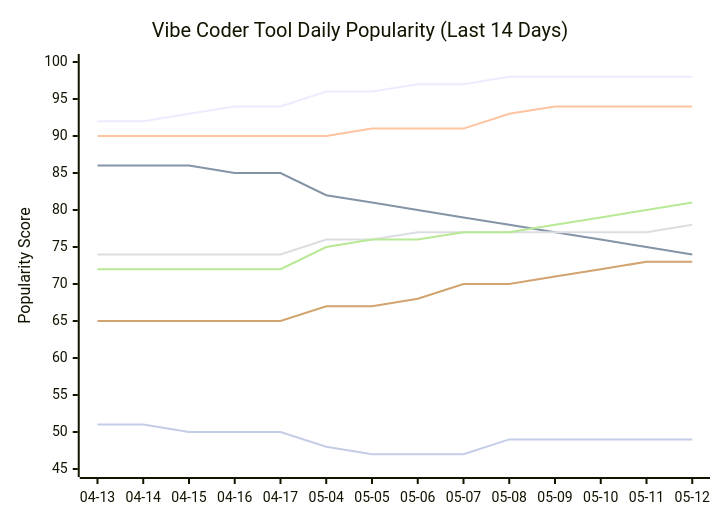
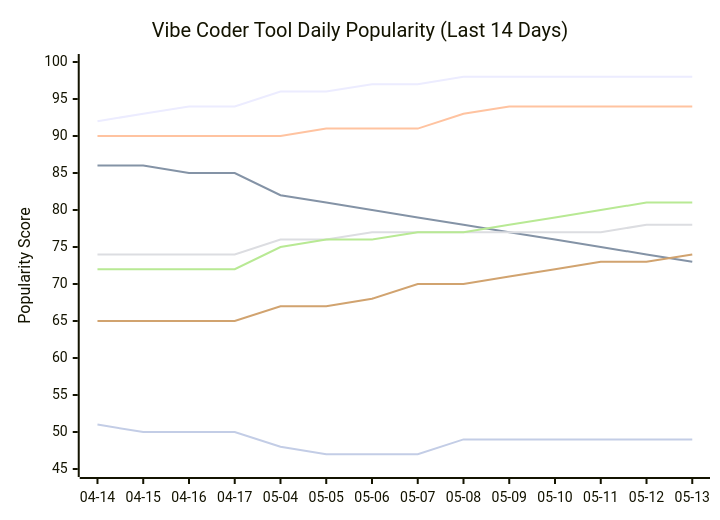
Before and after one commit to tykimos/ai-whatchelin: the seventh of 11 diagrams in README.md, drawn with Mermaid. The commit also changed other lines of this file and 4 other files, not shown here.

````diff
--- a/README.md
+++ b/README.md
@@ -779,13 +779,13 @@
 ```mermaid
 xychart-beta
     title "Vibe Coder Tool Daily Popularity (Last 14 Days)"
-    x-axis ["04-13", "04-14", "04-15", "04-16", "04-17", "05-04", "05-05", "05-06", "05-07", "05-08", "05-09", "05-10", "05-11", "05-12"]
+    x-axis ["04-14", "04-15", "04-16", "04-17", "05-04", "05-05", "05-06", "05-07", "05-08", "05-09", "05-10", "05-11", "05-12", "05-13"]
     y-axis "Popularity Score" 45 --> 100
-    line "Claude Code" [92, 92, 93, 94, 94, 96, 96, 97, 97, 98, 98, 98, 98, 98]
-    line "GH Copilot" [86, 86, 86, 85, 85, 82, 81, 80, 79, 78, 77, 76, 75, 74]
-    line "Cursor" [90, 90, 90, 90, 90, 90, 91, 91, 91, 93, 94, 94, 94, 94]
-    line "Windsurf" [74, 74, 74, 74, 74, 76, 76, 77, 77, 77, 77, 77, 77, 78]
-    line "Codex CLI" [72, 72, 72, 72, 72, 75, 76, 76, 77, 77, 78, 79, 80, 81]
-    line "Gemini CLI" [65, 65, 65, 65, 65, 67, 67, 68, 70, 70, 71, 72, 73, 73]
-    line "Antigravity" [51, 51, 50, 50, 50, 48, 47, 47, 47, 49, 49, 49, 49, 49]
+    line "Claude Code" [92, 93, 94, 94, 96, 96, 97, 97, 98, 98, 98, 98, 98, 98]
+    line "GH Copilot" [86, 86, 85, 85, 82, 81, 80, 79, 78, 77, 76, 75, 74, 73]
+    line "Cursor" [90, 90, 90, 90, 90, 91, 91, 91, 93, 94, 94, 94, 94, 94]
+    line "Windsurf" [74, 74, 74, 74, 76, 76, 77, 77, 77, 77, 77, 77, 78, 78]
+    line "Codex CLI" [72, 72, 72, 72, 75, 76, 76, 77, 77, 78, 79, 80, 81, 81]
+    line "Gemini CLI" [65, 65, 65, 65, 67, 67, 68, 70, 70, 71, 72, 73, 73, 74]
+    line "Antigravity" [51, 50, 50, 50, 48, 47, 47, 47, 49, 49, 49, 49, 49, 49]
 ```
````
